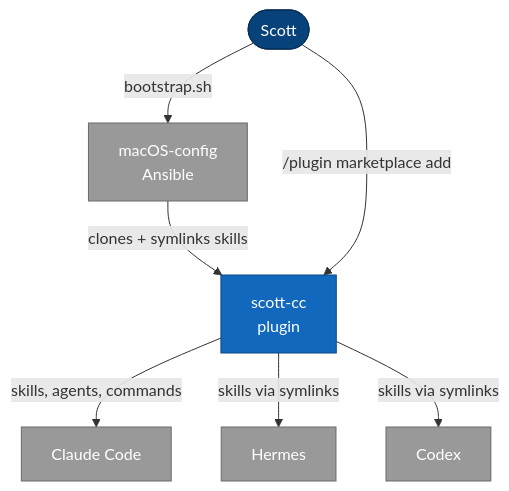
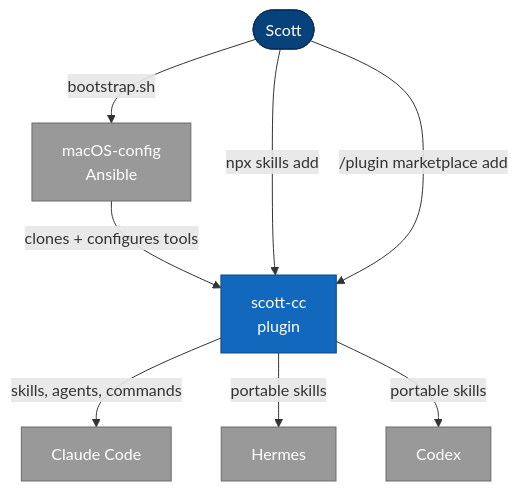
The first of 2 diagrams in docs/setup-architecture.md (citadelgrad/scott-cc), drawn with Mermaid before and after one commit. The commit also changed other lines of this file and 12 other files, not shown here.

````diff
--- a/docs/setup-architecture.md
+++ b/docs/setup-architecture.md
@@ -15,20 +16,21 @@
 ```mermaid
 flowchart TB
     classDef person fill:#08427b,color:#fff,stroke:#052e56
     classDef system fill:#1168bd,color:#fff,stroke:#0b4884
     classDef external fill:#999,color:#fff,stroke:#6b6b6b
 
     scott([Scott]):::person
     ansible[macOS-config\nAnsible]:::external
     plugin[scott-cc\nplugin]:::system
     cc[Claude Code]:::external
     hermes[Hermes]:::external
     codex[Codex]:::external
 
     scott -->|bootstrap.sh| ansible
-    ansible -->|clones + symlinks skills| plugin
+    ansible -->|clones + configures tools| plugin
+    scott -->|npx skills add| plugin
     scott -->|/plugin marketplace add| plugin
     plugin -->|skills, agents, commands| cc
-    plugin -->|skills via symlinks| hermes
-    plugin -->|skills via symlinks| codex
+    plugin -->|portable skills| hermes
+    plugin -->|portable skills| codex
 ```
````
